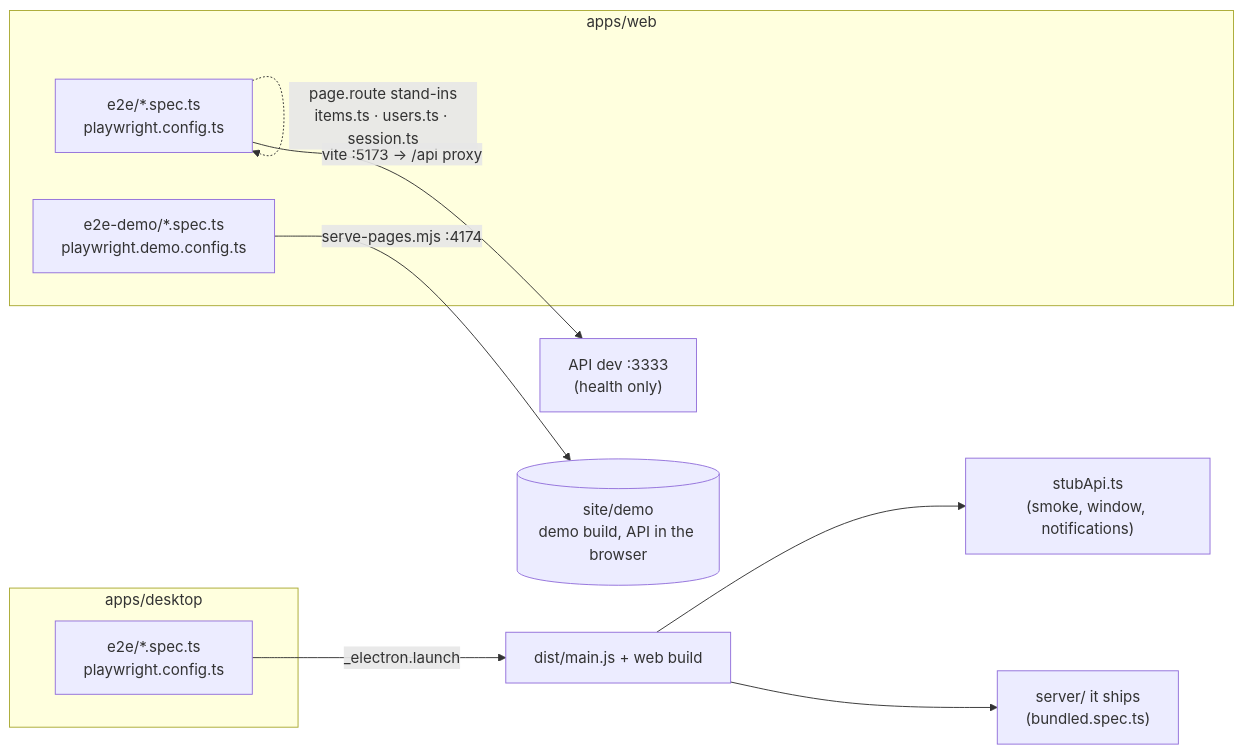
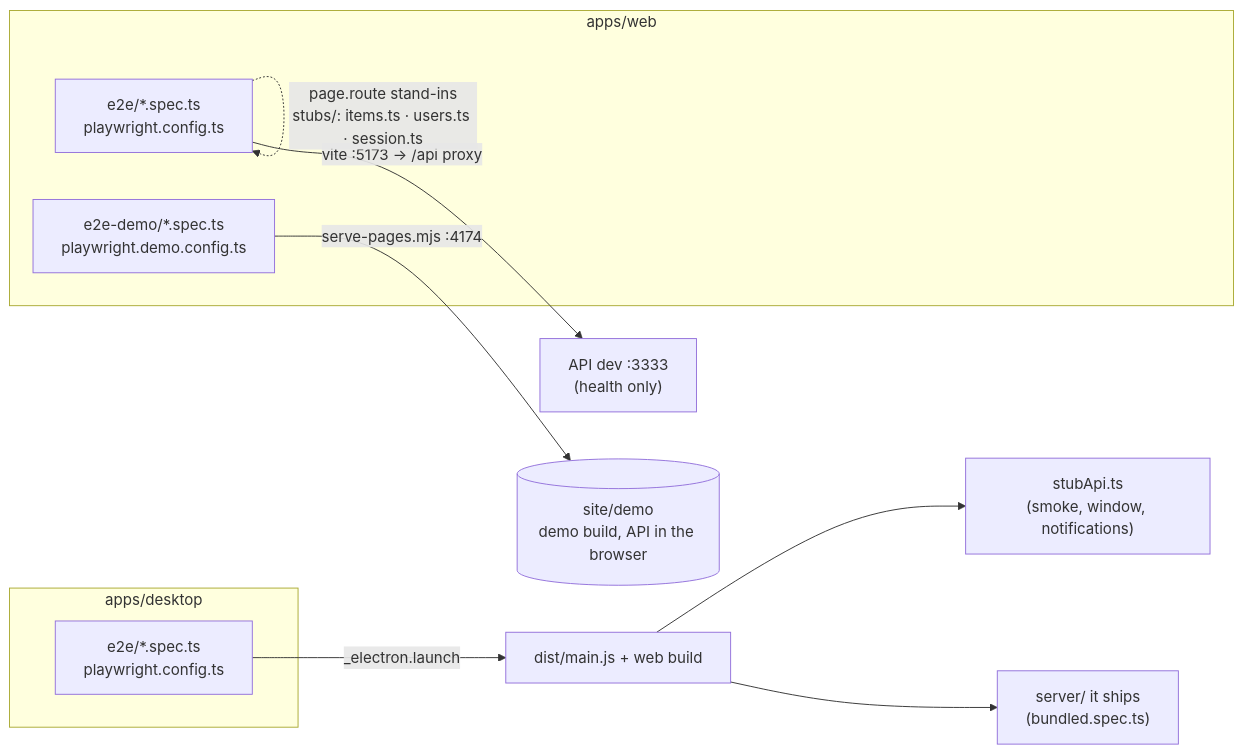
The diagram in docs/testing.md (ChrisCamilo/apc-universal-repair), drawn with Mermaid before and after one commit. The commit also changed other lines of this file, not shown here.

Commit message:
docs: Show the web E2E's support, stubs and data folders in the testing guide

````diff
--- a/docs/testing.md
+++ b/docs/testing.md
@@ -9,17 +9,17 @@
 ```mermaid
 flowchart LR
     subgraph web["apps/web"]
         e2e["e2e/*.spec.ts<br/>playwright.config.ts"]
         demo["e2e-demo/*.spec.ts<br/>playwright.demo.config.ts"]
     end
     subgraph desktop["apps/desktop"]
         electron["e2e/*.spec.ts<br/>playwright.config.ts"]
     end
 
     e2e -- "vite :5173 → /api proxy" --> api["API dev :3333<br/>(health only)"]
-    e2e -. "page.route stand-ins<br/>items.ts · users.ts · session.ts" .-> e2e
+    e2e -. "page.route stand-ins<br/>stubs/: items.ts · users.ts · session.ts" .-> e2e
     demo -- "serve-pages.mjs :4174" --> site[("site/demo<br/>demo build, API in the browser")]
     electron -- "_electron.launch" --> app["dist/main.js + web build"]
     app --> stub["stubApi.ts<br/>(smoke, window, notifications)"]
     app --> bundled["server/ it ships<br/>(bundled.spec.ts)"]
 ```
````
